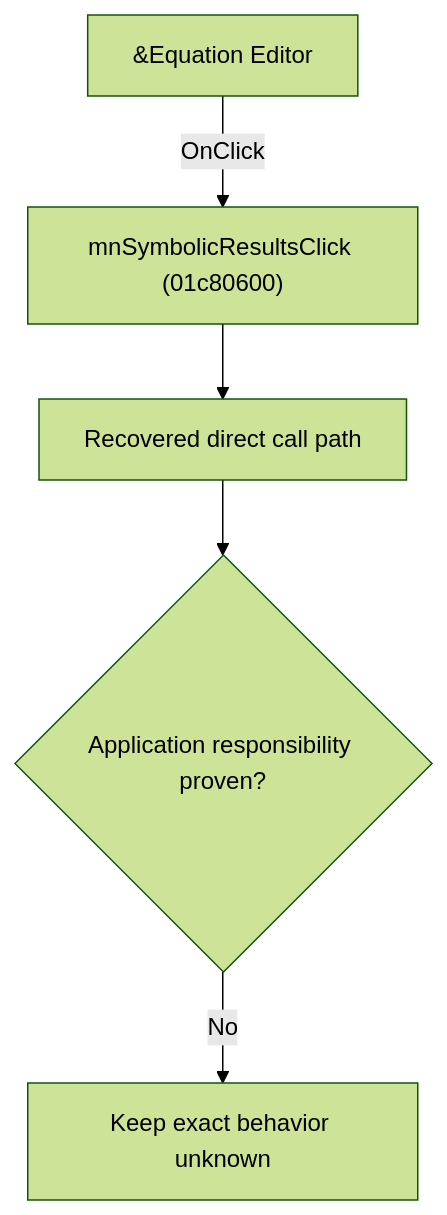
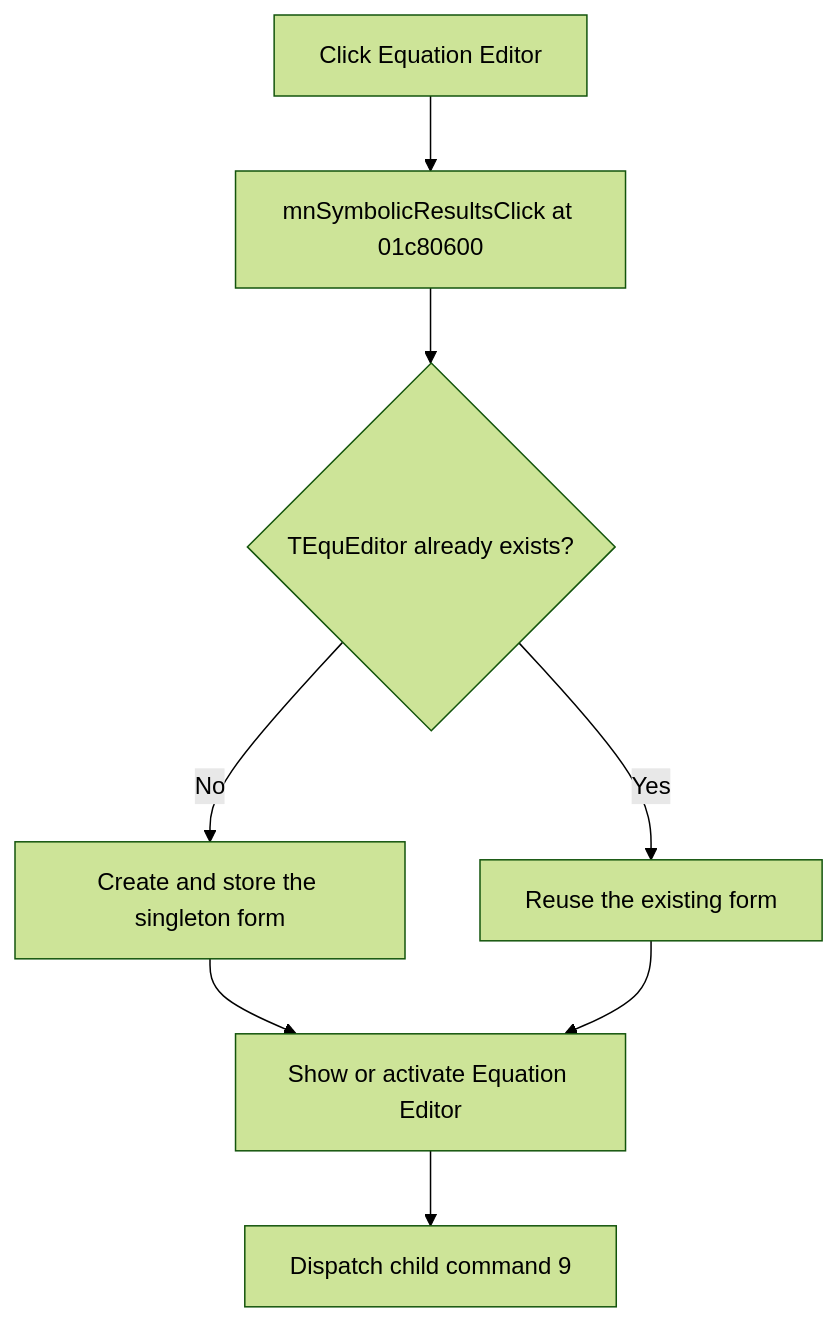
One commit to MovGP0/TIARA changed the diagram in docs/ui-controls/schematiceditor/mnsymbolicresults-dbb293b008.md. Above: the diagram before and after it, drawn with Mermaid (forest theme). The commit also changed other lines of this file and 241 other files, not shown here.

````diff
--- a/docs/ui-controls/schematiceditor/mnsymbolicresults-dbb293b008.md
+++ b/docs/ui-controls/schematiceditor/mnsymbolicresults-dbb293b008.md
@@ -27,7 +27,10 @@
 ```mermaid
 flowchart TD
-    control["&Equation Editor"] -->|"OnClick"| handler["mnSymbolicResultsClick (01c80600)"]
-    handler --> recovered["Recovered direct call path"]
-    recovered --> gap{"Application responsibility proven?"}
-    gap -->|"No"| blocked["Keep exact behavior unknown"]
+    control["Click Equation Editor"] --> handler["mnSymbolicResultsClick at 01c80600"]
+    handler --> exists{"TEquEditor already exists?"}
+    exists -->|"No"| create["Create and store the singleton form"]
+    exists -->|"Yes"| reuse["Reuse the existing form"]
+    create --> show["Show or activate Equation Editor"]
+    reuse --> show
+    show --> command["Dispatch child command 9"]
 ```
````
